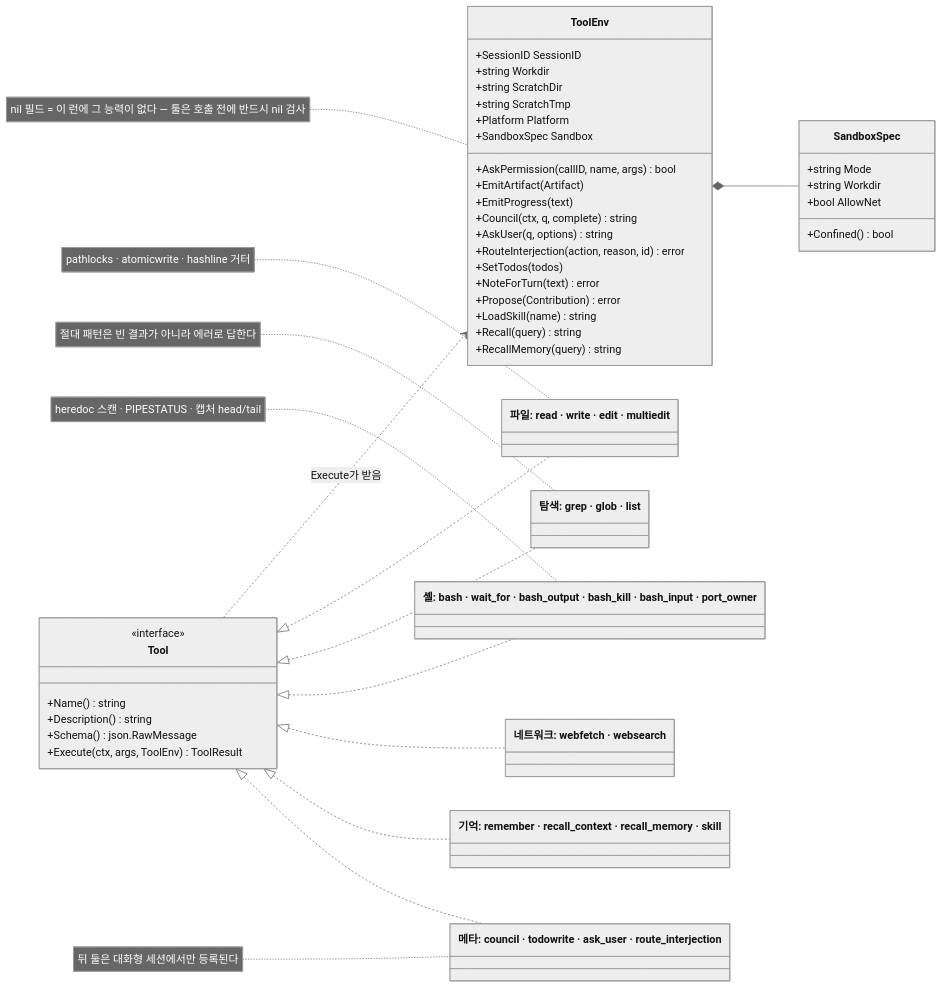
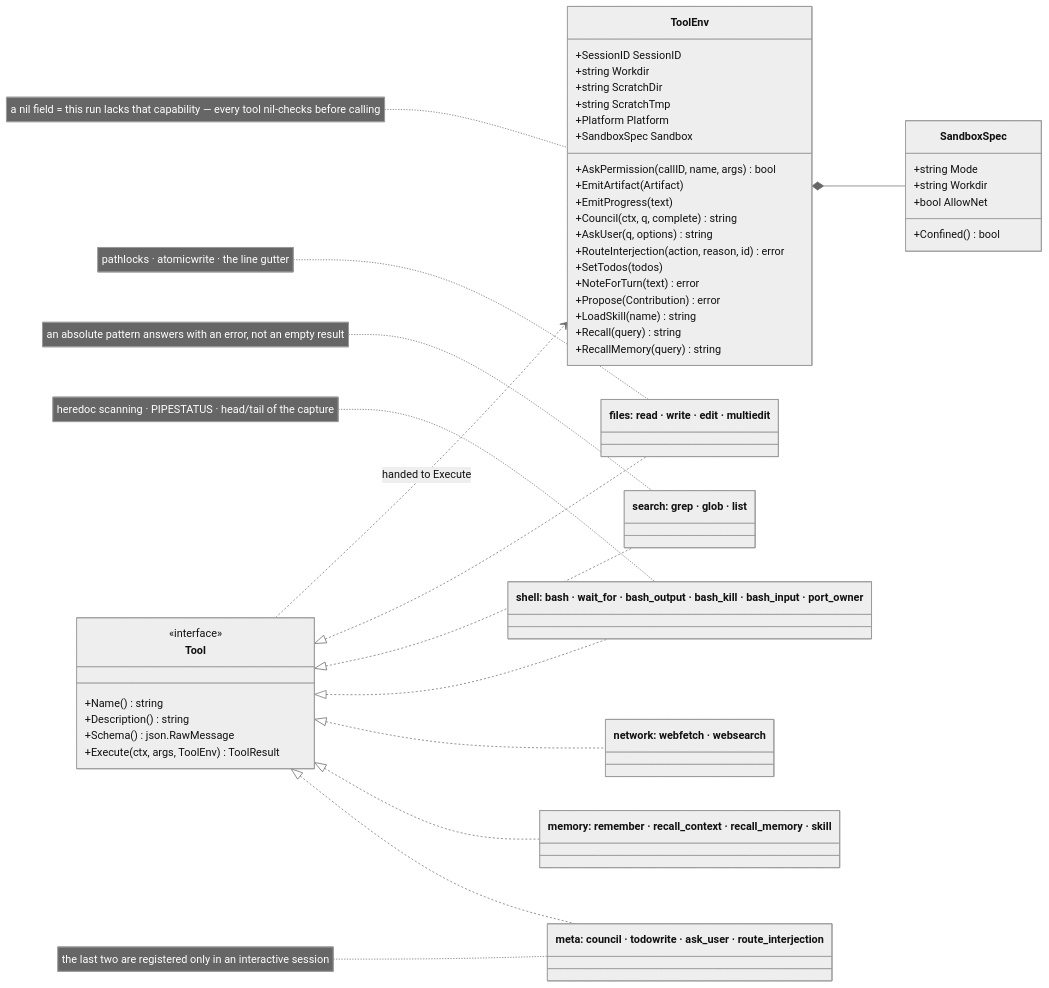
The ninth of 10 diagrams in docs/DIAGRAMS.md (sayaya1090/magi), drawn with Mermaid before and after one commit. The commit also changed other lines of this file and 5 other files, not shown here.

First line of the commit message:
docs: split DIAGRAMS into English and Korean

````diff
--- a/docs/DIAGRAMS.md
+++ b/docs/DIAGRAMS.md
@@ -595,60 +606,60 @@
 ```mermaid
 %%{init: {'theme':'neutral'}}%%
 classDiagram
   direction LR
 
   class Tool {
     <<interface>>
     +Name() string
     +Description() string
     +Schema() json.RawMessage
     +Execute(ctx, args, ToolEnv) ToolResult
   }
   class ToolEnv {
     +SessionID SessionID
     +string Workdir
     +string ScratchDir
     +string ScratchTmp
     +Platform Platform
     +SandboxSpec Sandbox
     +AskPermission(callID, name, args) bool
     +EmitArtifact(Artifact)
     +EmitProgress(text)
     +Council(ctx, q, complete) string
     +AskUser(q, options) string
     +RouteInterjection(action, reason, id) error
     +SetTodos(todos)
     +NoteForTurn(text) error
     +Propose(Contribution) error
     +LoadSkill(name) string
     +Recall(query) string
     +RecallMemory(query) string
   }
-  note for ToolEnv "nil 필드 = 이 런에 그 능력이 없다 — 툴은 호출 전에 반드시 nil 검사"
+  note for ToolEnv "a nil field = this run lacks that capability — every tool nil-checks before calling"
   class SandboxSpec {
     +string Mode
     +string Workdir
     +bool AllowNet
     +Confined() bool
   }
   ToolEnv *-- SandboxSpec
-  Tool ..> ToolEnv : Execute가 받음
+  Tool ..> ToolEnv : handed to Execute
 
-  class FileTools["파일: read · write · edit · multiedit"]
-  note for FileTools "pathlocks · atomicwrite · hashline 거터"
-  class SearchTools["탐색: grep · glob · list"]
-  note for SearchTools "절대 패턴은 빈 결과가 아니라 에러로 답한다"
-  class ShellTools["셸: bash · wait_for · bash_output · bash_kill · bash_input · port_owner"]
-  note for ShellTools "heredoc 스캔 · PIPESTATUS · 캡처 head/tail"
-  class NetTools["네트워크: webfetch · websearch"]
-  class MemTools["기억: remember · recall_context · recall_memory · skill"]
-  class MetaTools["메타: council · todowrite · ask_user · route_interjection"]
-  note for MetaTools "뒤 둘은 대화형 세션에서만 등록된다"
+  class FileTools["files: read · write · edit · multiedit"]
+  note for FileTools "pathlocks · atomicwrite · the line gutter"
+  class SearchTools["search: grep · glob · list"]
+  note for SearchTools "an absolute pattern answers with an error, not an empty result"
+  class ShellTools["shell: bash · wait_for · bash_output · bash_kill · bash_input · port_owner"]
+  note for ShellTools "heredoc scanning · PIPESTATUS · head/tail of the capture"
+  class NetTools["network: webfetch · websearch"]
+  class MemTools["memory: remember · recall_context · recall_memory · skill"]
+  class MetaTools["meta: council · todowrite · ask_user · route_interjection"]
+  note for MetaTools "the last two are registered only in an interactive session"
 
   Tool <|.. FileTools
   Tool <|.. SearchTools
   Tool <|.. ShellTools
   Tool <|.. NetTools
   Tool <|.. MemTools
   Tool <|.. MetaTools
 ```
````
